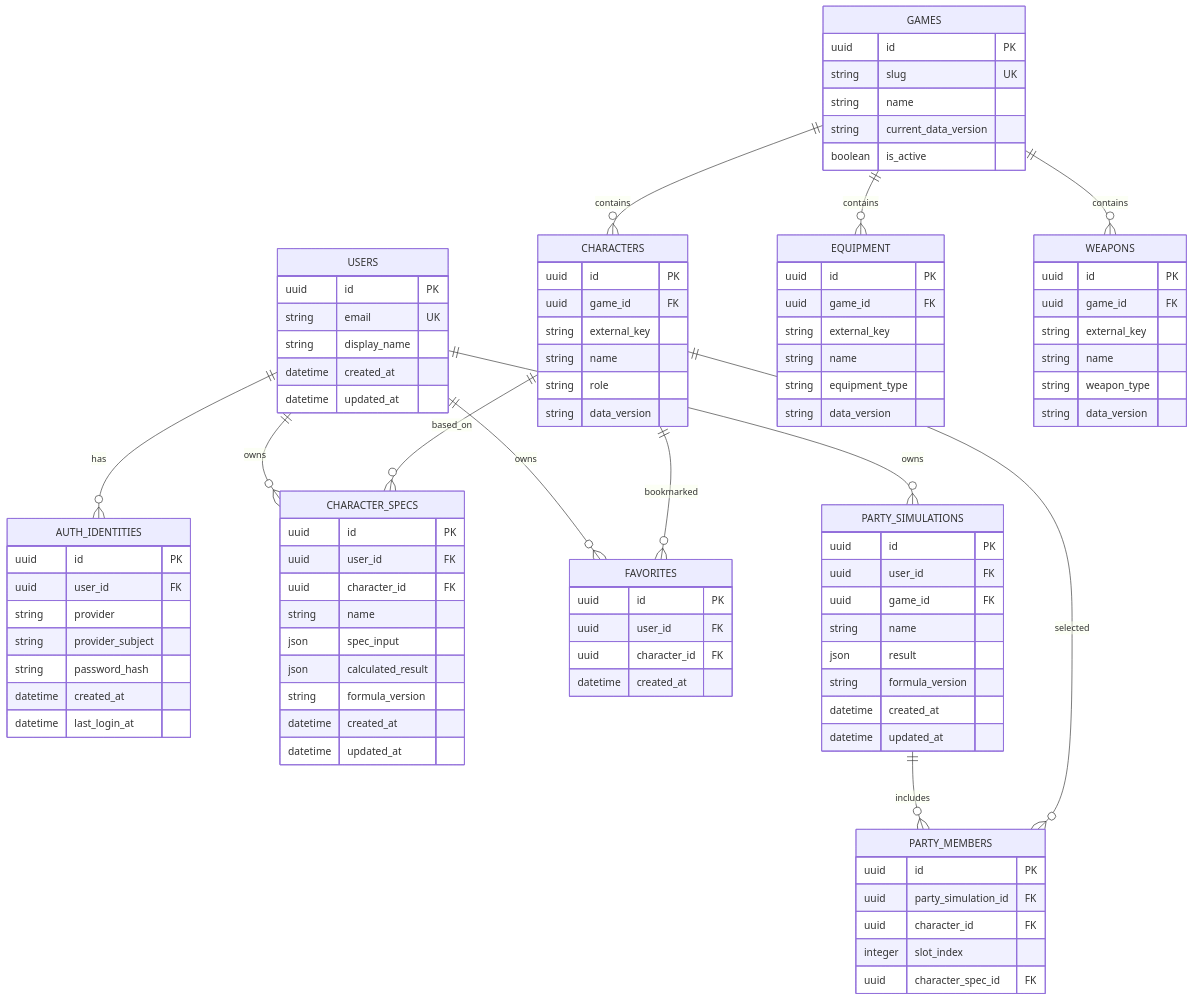
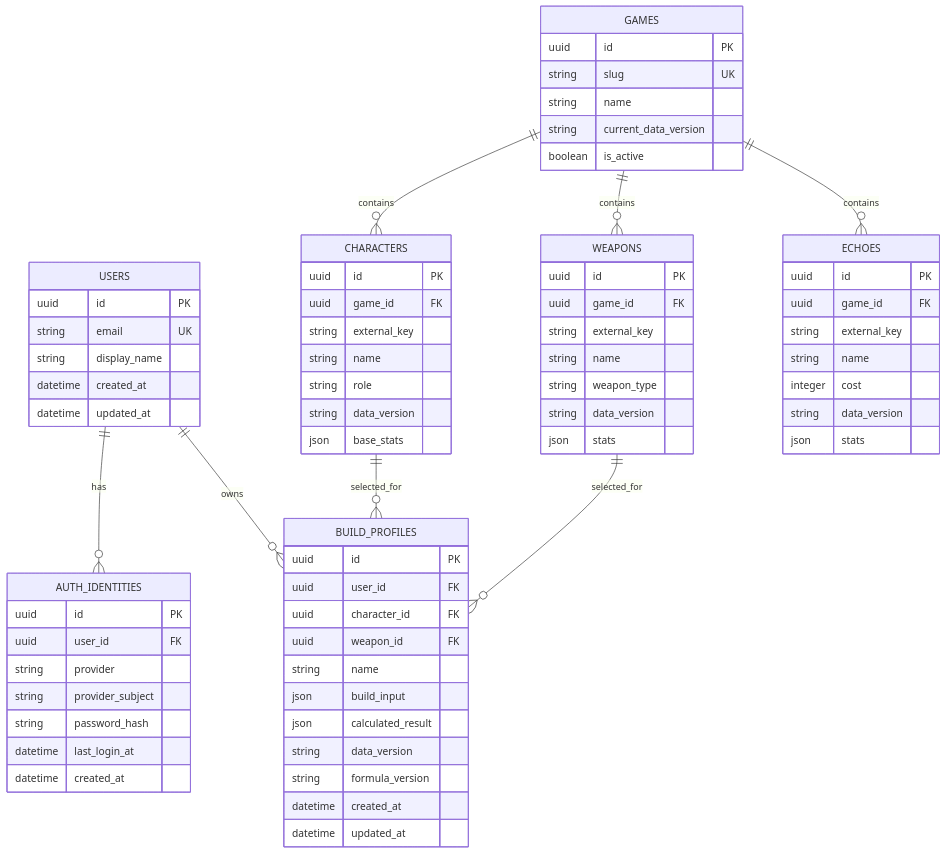
One commit to Erensia/Buildex changed the diagram in docs/erd.md. Above: the diagram before and after it, drawn with Mermaid. The commit also changed other lines of this file and 3 other files, not shown here.

````diff
--- a/docs/erd.md
+++ b/docs/erd.md
@@ -15,16 +14,12 @@
 ```mermaid
 erDiagram
     USERS ||--o{ AUTH_IDENTITIES : has
+    USERS ||--o{ BUILD_PROFILES : owns
     GAMES ||--o{ CHARACTERS : contains
-    GAMES ||--o{ EQUIPMENT : contains
     GAMES ||--o{ WEAPONS : contains
-    USERS ||--o{ CHARACTER_SPECS : owns
-    CHARACTERS ||--o{ CHARACTER_SPECS : based_on
-    USERS ||--o{ FAVORITES : owns
-    CHARACTERS ||--o{ FAVORITES : bookmarked
-    USERS ||--o{ PARTY_SIMULATIONS : owns
-    PARTY_SIMULATIONS ||--o{ PARTY_MEMBERS : includes
-    CHARACTERS ||--o{ PARTY_MEMBERS : selected
+    GAMES ||--o{ ECHOES : contains
+    CHARACTERS ||--o{ BUILD_PROFILES : selected_for
+    WEAPONS ||--o{ BUILD_PROFILES : selected_for
 
     USERS {
         uuid id PK
@@ -39,8 +34,8 @@
         string provider
         string provider_subject
         string password_hash
+        datetime last_login_at
         datetime created_at
-        datetime last_login_at
     }
     GAMES {
         uuid id PK
@@ -56,14 +51,7 @@
         string name
         string role
         string data_version
-    }
-    EQUIPMENT {
-        uuid id PK
-        uuid game_id FK
-        string external_key
-        string name
-        string equipment_type
-        string data_version
+        json base_stats
     }
     WEAPONS {
         uuid id PK
@@ -72,39 +60,28 @@
         string name
         string weapon_type
         string data_version
+        json stats
     }
-    CHARACTER_SPECS {
+    ECHOES {
+        uuid id PK
+        uuid game_id FK
+        string external_key
+        string name
+        integer cost
+        string data_version
+        json stats
+    }
+    BUILD_PROFILES {
         uuid id PK
         uuid user_id FK
         uuid character_id FK
+        uuid weapon_id FK
         string name
-        json spec_input
+        json build_input
         json calculated_result
+        string data_version
         string formula_version
         datetime created_at
         datetime updated_at
     }
-    FAVORITES {
-        uuid id PK
-        uuid user_id FK
-        uuid character_id FK
-        datetime created_at
-    }
-    PARTY_SIMULATIONS {
-        uuid id PK
-        uuid user_id FK
-        uuid game_id FK
-        string name
-        json result
-        string formula_version
-        datetime created_at
-        datetime updated_at
-    }
-    PARTY_MEMBERS {
-        uuid id PK
-        uuid party_simulation_id FK
-        uuid character_id FK
-        integer slot_index
-        uuid character_spec_id FK
-    }
 ```
````
